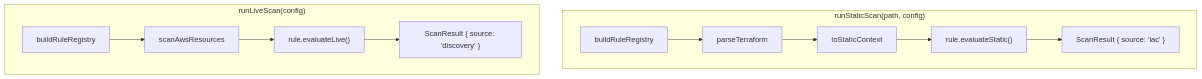
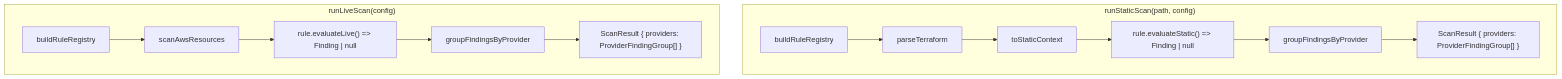
The second of 3 diagrams in docs/architecture/sdk.md (towardsthecloud/cloudburn), drawn with Mermaid before and after one commit. The commit also changed other lines of this file and 43 other files, not shown here.

First line of the commit message:
refactor: group scan results by provider and rule (#10)

````diff
--- a/docs/architecture/sdk.md
+++ b/docs/architecture/sdk.md
@@ -34,15 +18,17 @@
 ```mermaid
 graph TD
   subgraph Static["runStaticScan(path, config)"]
     SR[buildRuleRegistry] --> SP[parseTerraform]
     SP --> SC[toStaticContext]
-    SC --> SE["rule.evaluateStatic()"]
-    SE --> SOut["ScanResult { source: 'iac' }"]
+    SC --> SE["rule.evaluateStatic() => Finding | null"]
+    SE --> SG[groupFindingsByProvider]
+    SG --> SOut["ScanResult { providers: ProviderFindingGroup[] }"]
   end
 
   subgraph Live["runLiveScan(config)"]
     LR[buildRuleRegistry] --> LA[scanAwsResources]
-    LA --> LE["rule.evaluateLive()"]
-    LE --> LOut["ScanResult { source: 'discovery' }"]
+    LA --> LE["rule.evaluateLive() => Finding | null"]
+    LE --> LG[groupFindingsByProvider]
+    LG --> LOut["ScanResult { providers: ProviderFindingGroup[] }"]
   end
 ```
````
